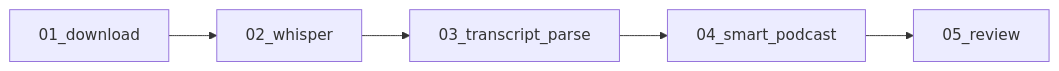
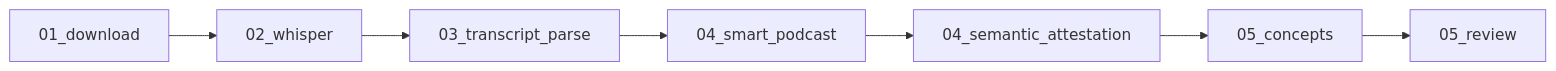
Before and after one commit to Gwzlchn/Flori: the seventh of 8 diagrams in docs/01-architecture.md, drawn with Mermaid. The commit also changed other lines of this file and 76 other files, not shown here.

````diff
--- a/docs/01-architecture.md
+++ b/docs/01-architecture.md
@@ -218,4 +217,4 @@
 ```mermaid
 graph LR
-    dl_au["01_download"] --> whisper_au["02_whisper"] --> transcript["03_transcript_parse"] --> smart_au["04_smart_podcast"] --> review_au["05_review"]
+    dl_au["01_download"] --> whisper_au["02_whisper"] --> transcript["03_transcript_parse"] --> smart_au["04_smart_podcast"] --> attest_au["04_semantic_attestation"] --> concepts_au["05_concepts"] --> review_au["05_review"]
 ```
````
